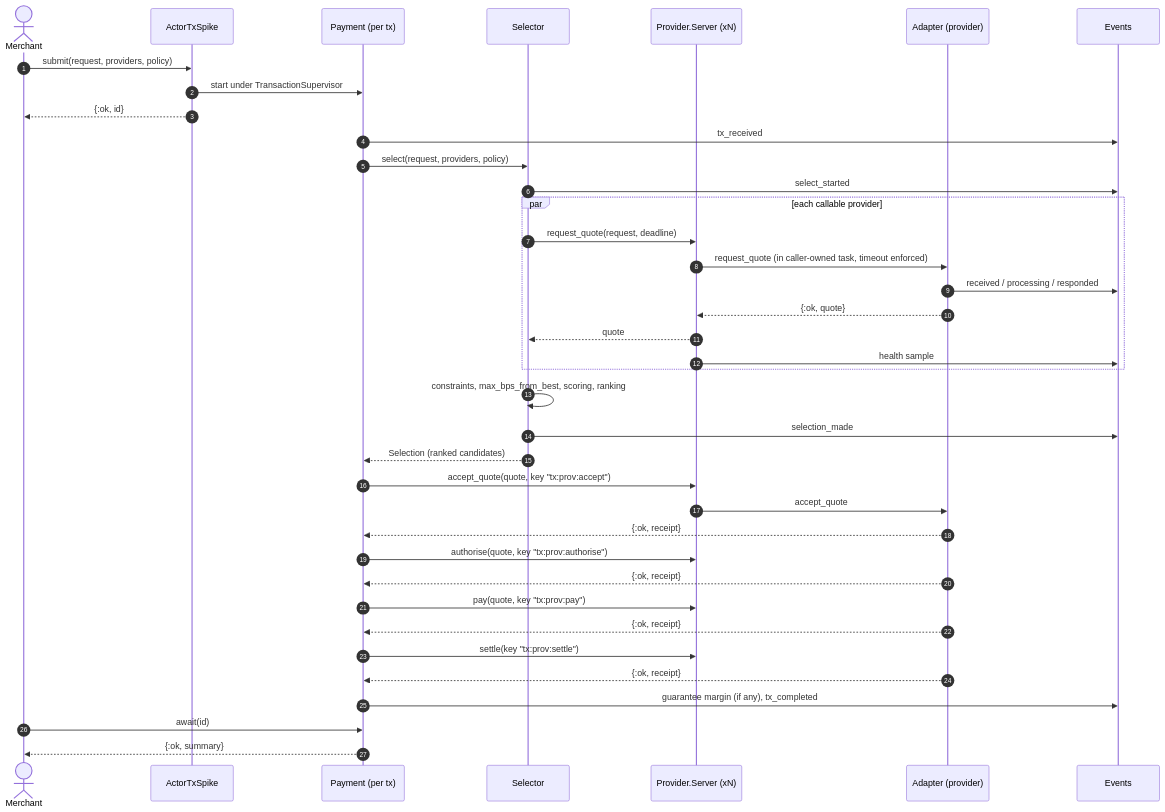
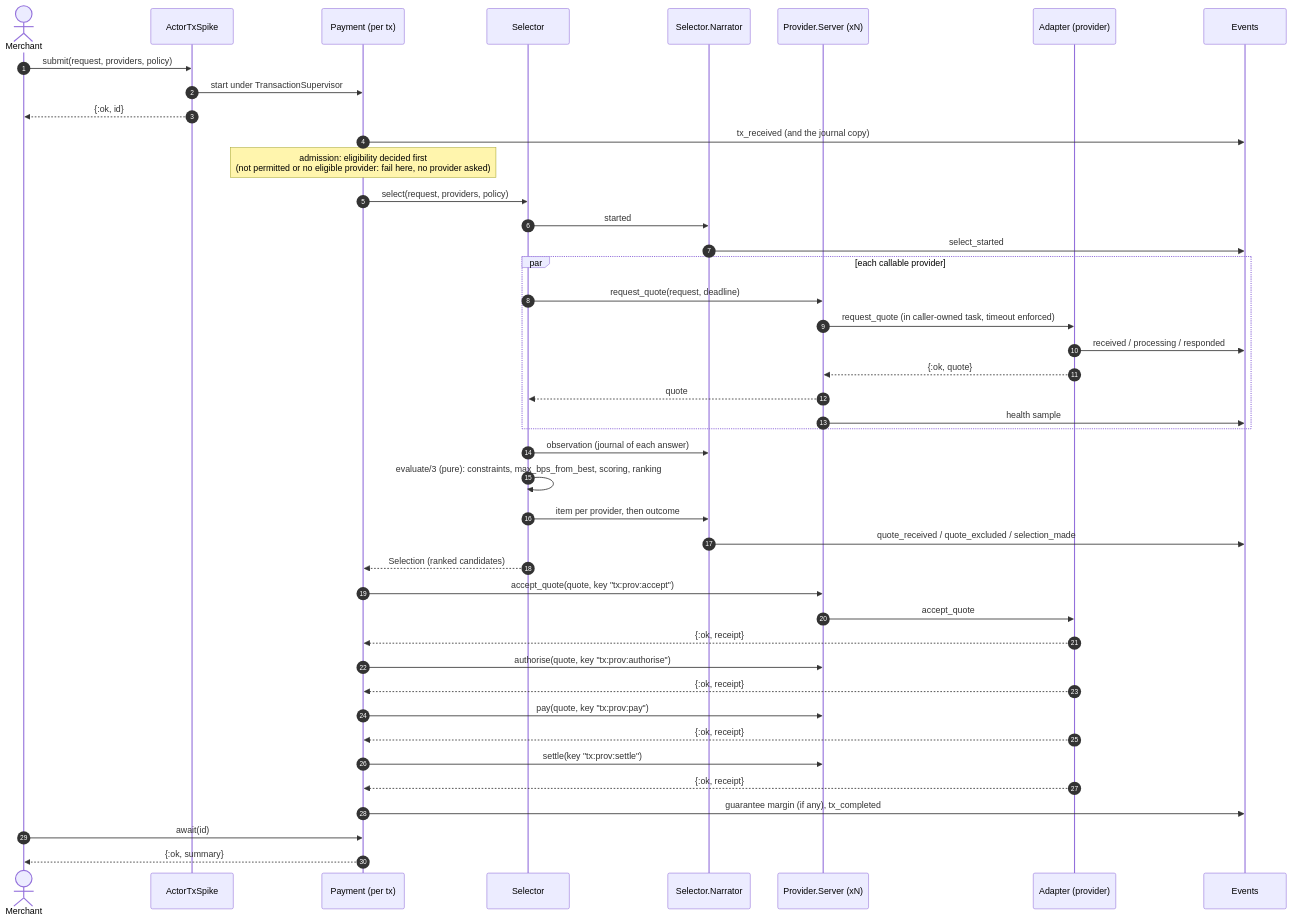
Before and after one commit to robbrown-net/actor-tx-spike: the first of 14 diagrams in docs/architecture/04-design-sequences-and-activities.md, drawn with Mermaid. The commit also changed other lines of this file and 75 other files, not shown here.

````diff
--- a/docs/architecture/04-design-sequences-and-activities.md
+++ b/docs/architecture/04-design-sequences-and-activities.md
@@ -9,41 +9,46 @@
 ```mermaid
 sequenceDiagram
     autonumber
     actor M as Merchant
     participant API as ActorTxSpike
     participant P as Payment (per tx)
     participant SEL as Selector
+    participant NAR as Selector.Narrator
     participant PS as Provider.Server (xN)
     participant AD as Adapter (provider)
     participant EV as Events
 
     M->>API: submit(request, providers, policy)
     API->>P: start under TransactionSupervisor
     API-->>M: {:ok, id}
-    P->>EV: tx_received
+    P->>EV: tx_received (and the journal copy)
+    Note over P: admission: eligibility decided first<br/>(not permitted or no eligible provider: fail here, no provider asked)
     P->>SEL: select(request, providers, policy)
-    SEL->>EV: select_started
+    SEL->>NAR: started
+    NAR->>EV: select_started
     par each callable provider
         SEL->>PS: request_quote(request, deadline)
         PS->>AD: request_quote (in caller-owned task, timeout enforced)
         AD->>EV: received / processing / responded
         AD-->>PS: {:ok, quote}
         PS-->>SEL: quote
         PS->>EV: health sample
     end
-    SEL->>SEL: constraints, max_bps_from_best, scoring, ranking
-    SEL->>EV: selection_made
+    SEL->>NAR: observation (journal of each answer)
+    SEL->>SEL: evaluate/3 (pure): constraints, max_bps_from_best, scoring, ranking
+    SEL->>NAR: item per provider, then outcome
+    NAR->>EV: quote_received / quote_excluded / selection_made
     SEL-->>P: Selection (ranked candidates)
     P->>PS: accept_quote(quote, key "tx:prov:accept")
     PS->>AD: accept_quote
     AD-->>P: {:ok, receipt}
     P->>PS: authorise(quote, key "tx:prov:authorise")
     AD-->>P: {:ok, receipt}
     P->>PS: pay(quote, key "tx:prov:pay")
     AD-->>P: {:ok, receipt}
     P->>PS: settle(key "tx:prov:settle")
     AD-->>P: {:ok, receipt}
     P->>EV: guarantee margin (if any), tx_completed
     M->>P: await(id)
     P-->>M: {:ok, summary}
 ```
````
